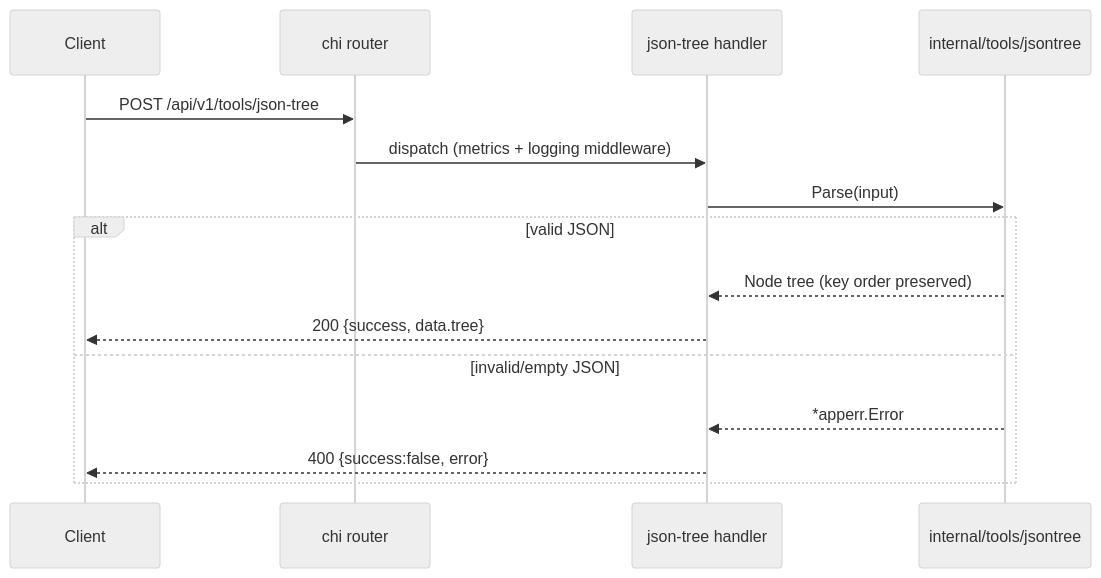
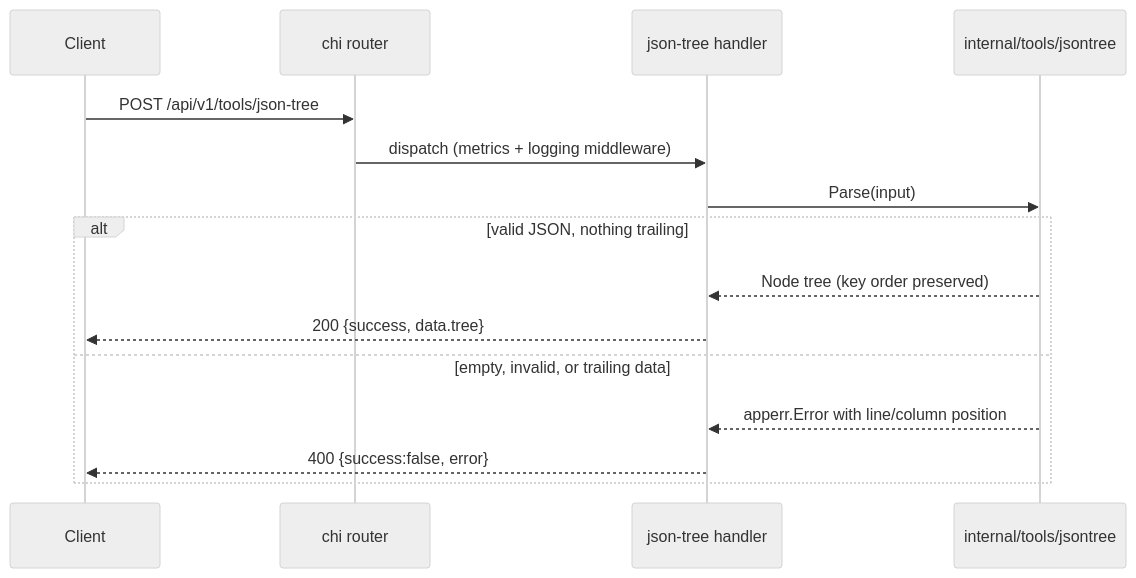
Before and after one commit to aeciopires/mytoolkit: the diagram in docs/api/json-tree.md, drawn with Mermaid (neutral theme). The commit also changed other lines of this file and 54 other files, not shown here.

````diff
--- a/docs/api/json-tree.md
+++ b/docs/api/json-tree.md
@@ -54,18 +74,18 @@
 ```mermaid
 sequenceDiagram
     participant Client
     participant Router as chi router
     participant Handler as json-tree handler
     participant Tool as internal/tools/jsontree
 
     Client->>Router: POST /api/v1/tools/json-tree
     Router->>Handler: dispatch (metrics + logging middleware)
     Handler->>Tool: Parse(input)
-    alt valid JSON
+    alt valid JSON, nothing trailing
         Tool-->>Handler: Node tree (key order preserved)
         Handler-->>Client: 200 {success, data.tree}
-    else invalid/empty JSON
-        Tool-->>Handler: *apperr.Error
+    else empty, invalid, or trailing data
+        Tool-->>Handler: apperr.Error with line/column position
         Handler-->>Client: 400 {success:false, error}
     end
 ```
````
